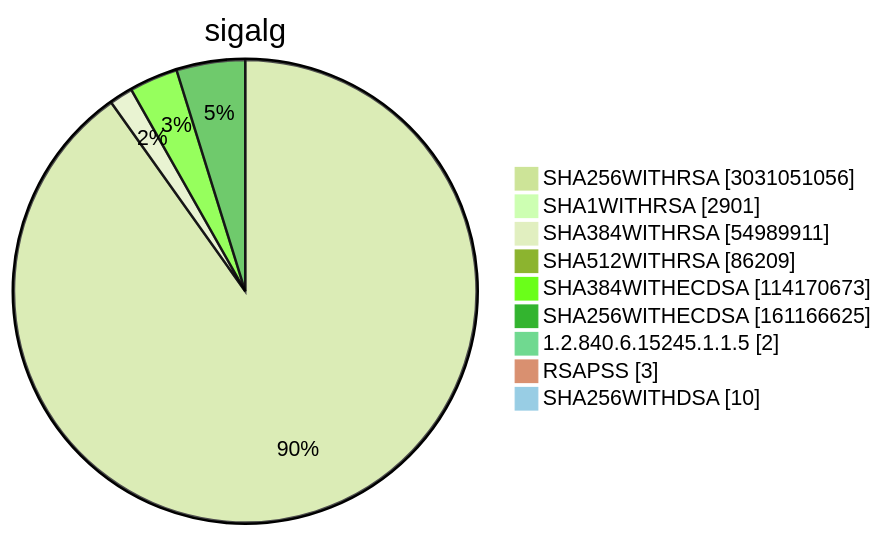
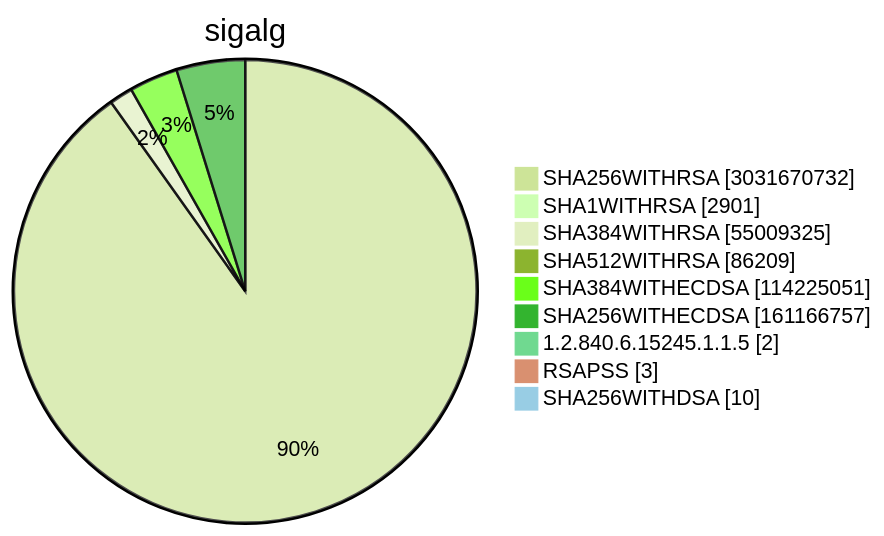
One commit to christiankrug/ctmonitor_visualization changed diagram 15 of 15 in TOTAL/README.md. Above: the diagram before and after it, drawn with Mermaid (forest theme). The commit also changed other lines of this file, not shown here.

````diff
--- a/TOTAL/README.md
+++ b/TOTAL/README.md
@@ -6208,13 +6208,13 @@
 ```mermaid
 pie showData
 title sigalg
-"SHA256WITHRSA" :3031051056
+"SHA256WITHRSA" :3031670732
 "SHA1WITHRSA" :2901
-"SHA384WITHRSA" :54989911
+"SHA384WITHRSA" :55009325
 "SHA512WITHRSA" :86209
-"SHA384WITHECDSA" :114170673
-"SHA256WITHECDSA" :161166625
+"SHA384WITHECDSA" :114225051
+"SHA256WITHECDSA" :161166757
 "1.2.840.6.15245.1.1.5" :2
 "RSAPSS" :3
 "SHA256WITHDSA" :10
 ```
````
